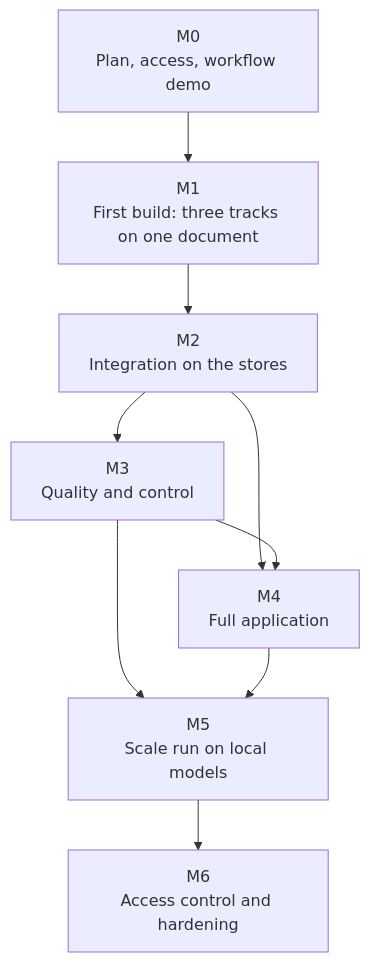
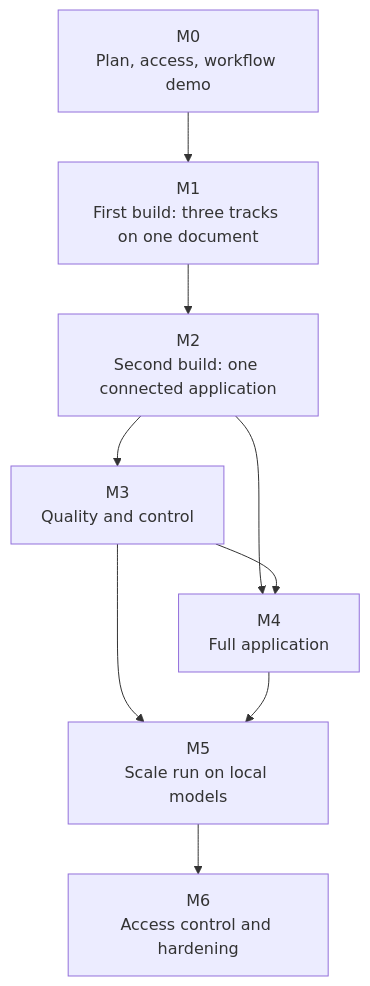
Before and after one commit to thaitri2005/Secure-O-G-LLM-and-Knowledge-Graph: the diagram in docs/DEVELOPMENT_PLAN.md, drawn with Mermaid. The commit also changed other lines of this file and 17 other files, not shown here.

First line of the commit message:
Second build designed: coordinator and lanes, graph model, reasoning lane, application (D-64 to D-67)

````diff
--- a/docs/DEVELOPMENT_PLAN.md
+++ b/docs/DEVELOPMENT_PLAN.md
@@ -95,11 +83,11 @@
 ```mermaid
 flowchart TB
     M0["M0<br/>Plan, access, workflow demo"] --> M1["M1<br/>First build: three tracks on one document"]
-    M1 --> M2["M2<br/>Integration on the stores"]
+    M1 --> M2["M2<br/>Second build: one connected application"]
     M2 --> M3["M3<br/>Quality and control"]
     M2 --> M4["M4<br/>Full application"]
     M3 --> M4
     M3 --> M5["M5<br/>Scale run on local models"]
     M4 --> M5
     M5 --> M6["M6<br/>Access control and hardening"]
 ```
````
